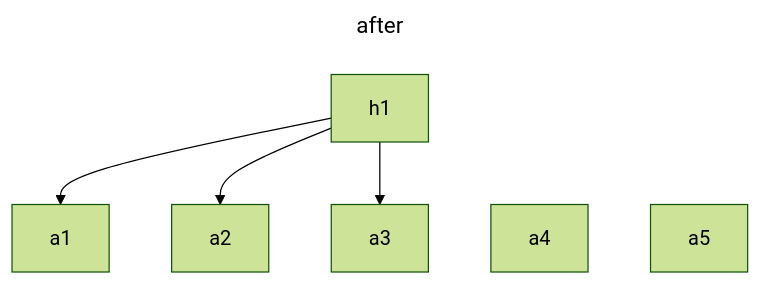
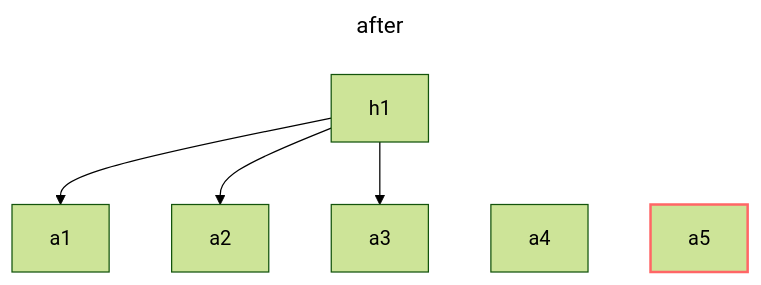
One commit to Robert-MacWha/efficient-inclusion-proofs changed the third of 6 diagrams in README.md. Above: the diagram before and after it, drawn with Mermaid (forest theme). The commit also changed other lines of this file, not shown here.

````diff
--- a/README.md
+++ b/README.md
@@ -46,11 +53,13 @@
 ```mermaid
 ---
 title: after
 ---
 flowchart TD
     h1 --> a1
     h1 --> a2
     h1 --> a3
     h1 ~~~ a4
     h1 ~~~ a5
+    classDef changed stroke:#f66,stroke-width:2px
+    class a5 changed
 ```
````
